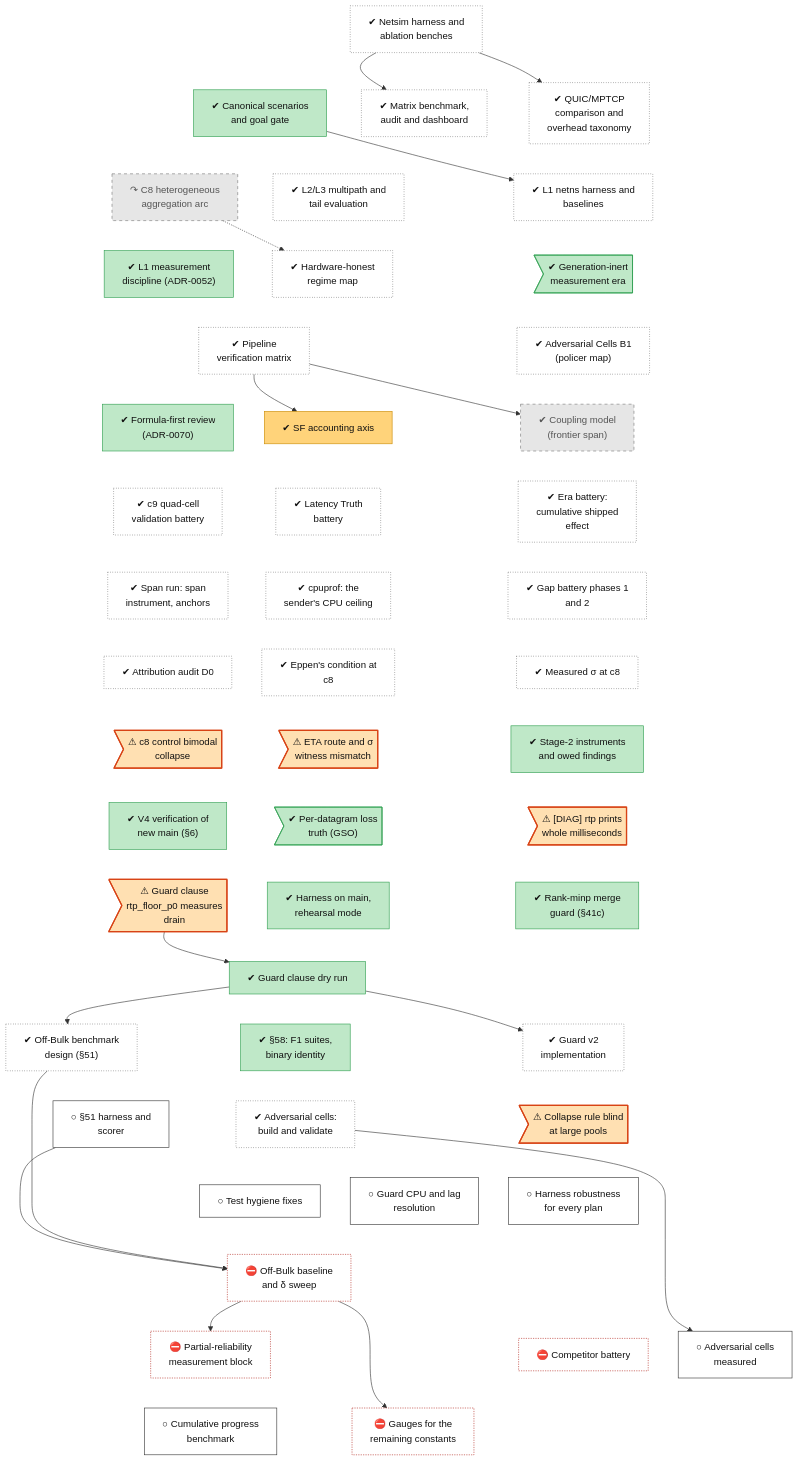
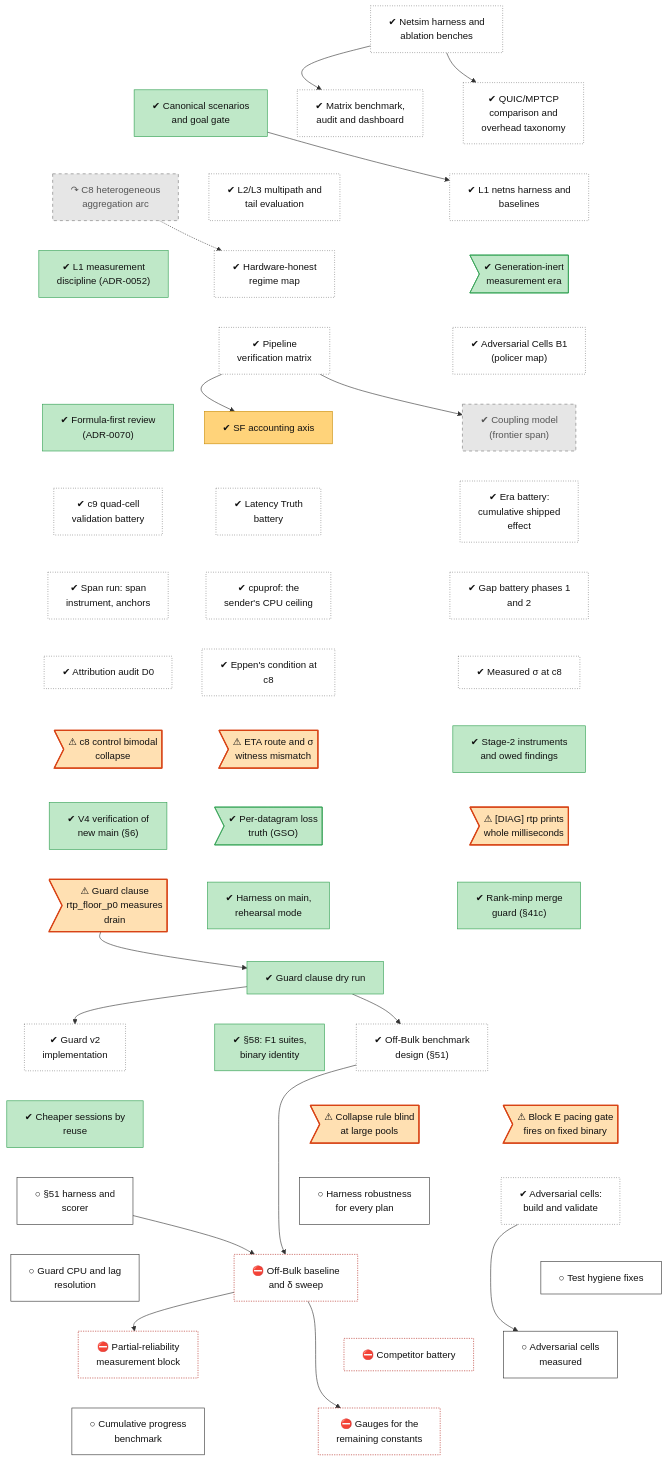
Before and after one commit to lhns/raptorpath: the diagram in docs/roadmap/tracks/meas.md, drawn with Mermaid. The commit also changed other lines of this file and 4 other files, not shown here.

First line of the commit message:
roadmap: block E pacing-gate finding, the session-reuse work (suites, binaries, tools tests, sccache), the Realtime delay-lean read; §51 now depends on the F2 guard

````diff
--- a/docs/roadmap/tracks/meas.md
+++ b/docs/roadmap/tracks/meas.md
@@ -46,6 +46,8 @@
     meas_guard_v2_impl["✔ Guard v2<br/>implementation"]
     meas_s51_design["✔ Off-Bulk benchmark<br/>design (#167;51)"]
     meas_s58_session["✔ #167;58: F1 suites,<br/>binary identity"]
+    meas_harness_reuse["✔ Cheaper sessions by<br/>reuse"]
+    meas_blocke_pacing_gate>"⚠ Block E pacing gate<br/>fires on fixed binary"]
     meas_defect_cr61_large_pool>"⚠ Collapse rule blind<br/>at large pools"]
     meas_s51_harness["○ #167;51 harness and<br/>scorer"]
     meas_adversarial_cells_build["✔ Adversarial cells:<br/>build and validate"]
@@ -97,17 +99,17 @@
     meas_guard_clause_dry ~~~ meas_guard_v2_impl
     meas_guard_clause_dry ~~~ meas_s51_design
     meas_guard_clause_dry ~~~ meas_s58_session
-    meas_guard_v2_impl ~~~ meas_defect_cr61_large_pool
-    meas_s51_design ~~~ meas_s51_harness
-    meas_s58_session ~~~ meas_adversarial_cells_build
+    meas_guard_v2_impl ~~~ meas_harness_reuse
+    meas_s51_design ~~~ meas_blocke_pacing_gate
+    meas_s58_session ~~~ meas_defect_cr61_large_pool
+    meas_harness_reuse ~~~ meas_s51_harness
+    meas_blocke_pacing_gate ~~~ meas_adversarial_cells_build
     meas_defect_cr61_large_pool ~~~ meas_harness_robustness
     meas_s51_harness ~~~ meas_guard_resolution
     meas_adversarial_cells_build ~~~ meas_test_hygiene
     meas_harness_robustness ~~~ meas_s51_session
-    meas_guard_resolution ~~~ meas_s51_session
-    meas_test_hygiene ~~~ meas_s51_session
-    meas_s51_session ~~~ meas_s51b_rho
-    meas_s51_session ~~~ meas_adversarial_cells_run
+    meas_guard_resolution ~~~ meas_s51b_rho
+    meas_test_hygiene ~~~ meas_adversarial_cells_run
     meas_s51_session ~~~ meas_competitor_battery
     meas_s51b_rho ~~~ meas_progress_baseline
     meas_adversarial_cells_run ~~~ meas_fix_gauges_p3
@@ -140,10 +142,10 @@
     classDef defect fill:#ffe0b2,stroke:#d84315,stroke-width:2px,color:#111
     classDef waiting fill:#e3f2fd,stroke:#1f6fc5,stroke-dasharray:5 5,color:#111
     class meas_l0_sim_bench,meas_transport_comparison,meas_matrix_bench,meas_l1_harness,meas_l2_multipath,meas_regime_map,meas_adversarial_b1,meas_pipeline_verification,meas_goal_0819,meas_latency_truth,meas_c9_battery,meas_gap_phases,meas_cpuprof,meas_span_run,meas_sigma_c8,meas_eppen_c8,meas_attribution_audit,meas_guard_v2_impl,meas_s51_design,meas_adversarial_cells_build unrated
-    class meas_adr51_scenarios,meas_gen_inert_era,meas_adr52_discipline,meas_formula_first,meas_wire_v8,meas_gso_truth,meas_v4_verification,meas_guard_41c,meas_harness_consolidation,meas_guard_clause_dry,meas_s58_session succ
+    class meas_adr51_scenarios,meas_gen_inert_era,meas_adr52_discipline,meas_formula_first,meas_wire_v8,meas_gso_truth,meas_v4_verification,meas_guard_41c,meas_harness_consolidation,meas_guard_clause_dry,meas_s58_session,meas_harness_reuse succ
     class meas_c8_aggregation_arc,meas_coupling_model dead
     class meas_sf_accounting mixed
-    class meas_defect_eta_witness,meas_defect_c8_bimodal,meas_defect_diag_rtp_ms,meas_defect_rtp_floor,meas_defect_cr61_large_pool defect
+    class meas_defect_eta_witness,meas_defect_c8_bimodal,meas_defect_diag_rtp_ms,meas_defect_rtp_floor,meas_blocke_pacing_gate,meas_defect_cr61_large_pool defect
     class meas_s51_harness,meas_harness_robustness,meas_guard_resolution,meas_test_hygiene,meas_adversarial_cells_run,meas_progress_baseline next
     class meas_s51_session,meas_s51b_rho,meas_competitor_battery,meas_fix_gauges_p3 blocked
 ```
````
